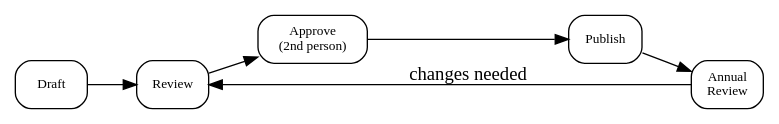
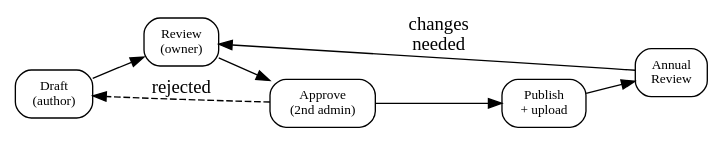
One commit to Cleo-Labs-IA/skills_library changed the diagram in skills/policy-management/SKILL.md. Above: the diagram before and after it, drawn with Graphviz. The commit also changed other lines of this file and 14 other files, not shown here.

````diff
--- a/skills/policy-management/SKILL.md
+++ b/skills/policy-management/SKILL.md
@@ -34,12 +20,13 @@
 ```dot
 digraph lifecycle {
   rankdir=LR; node [shape=box style=rounded fontsize=10];
-  draft [label="Draft"];
-  review [label="Review"];
-  approve [label="Approve\n(2nd person)"];
-  publish [label="Publish"];
+  draft [label="Draft\n(author)"];
+  review [label="Review\n(owner)"];
+  approve [label="Approve\n(2nd admin)"];
+  publish [label="Publish\n+ upload"];
   maintain [label="Annual\nReview"];
   draft -> review -> approve -> publish -> maintain;
-  maintain -> review [label="changes needed"];
+  maintain -> review [label="changes\nneeded"];
+  approve -> draft [label="rejected" style=dashed];
 }
 ```
````
